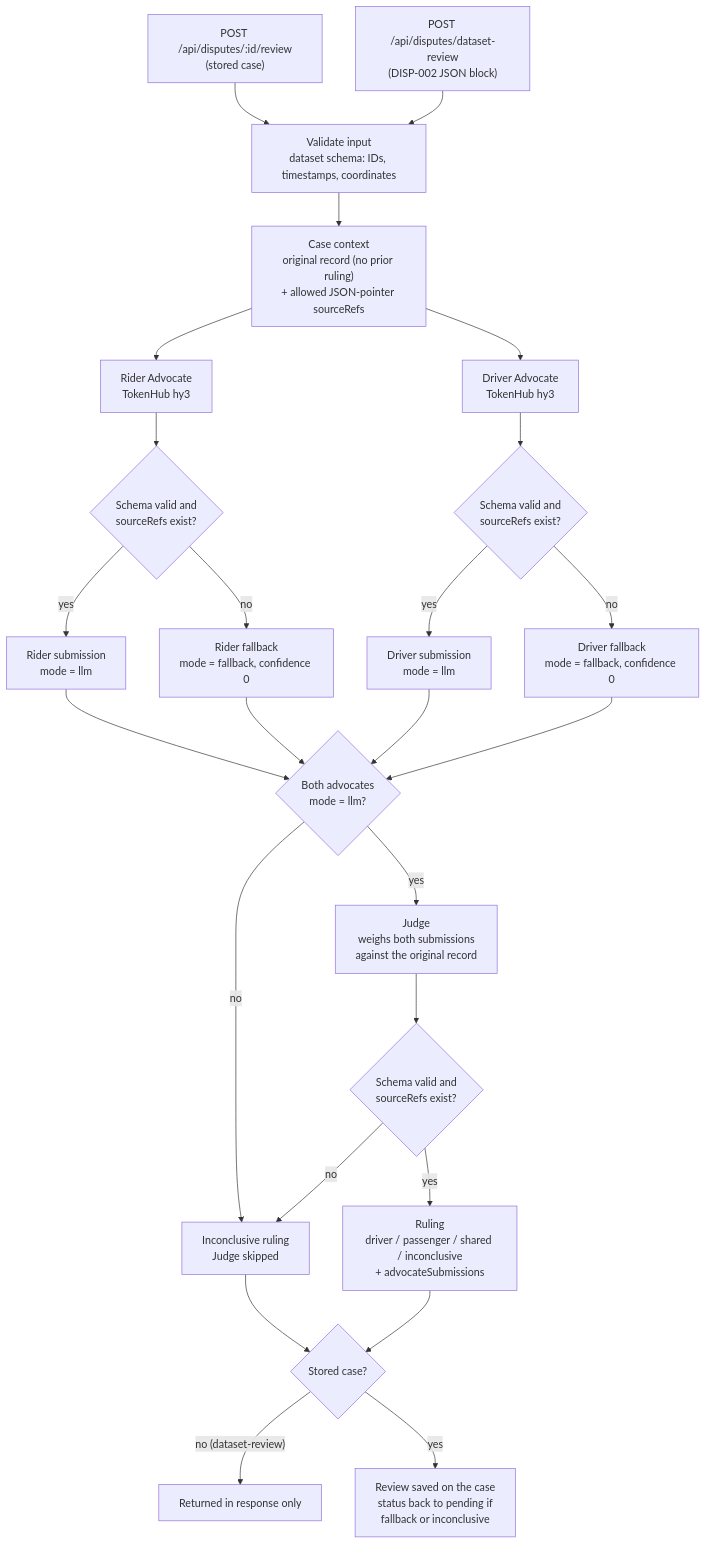
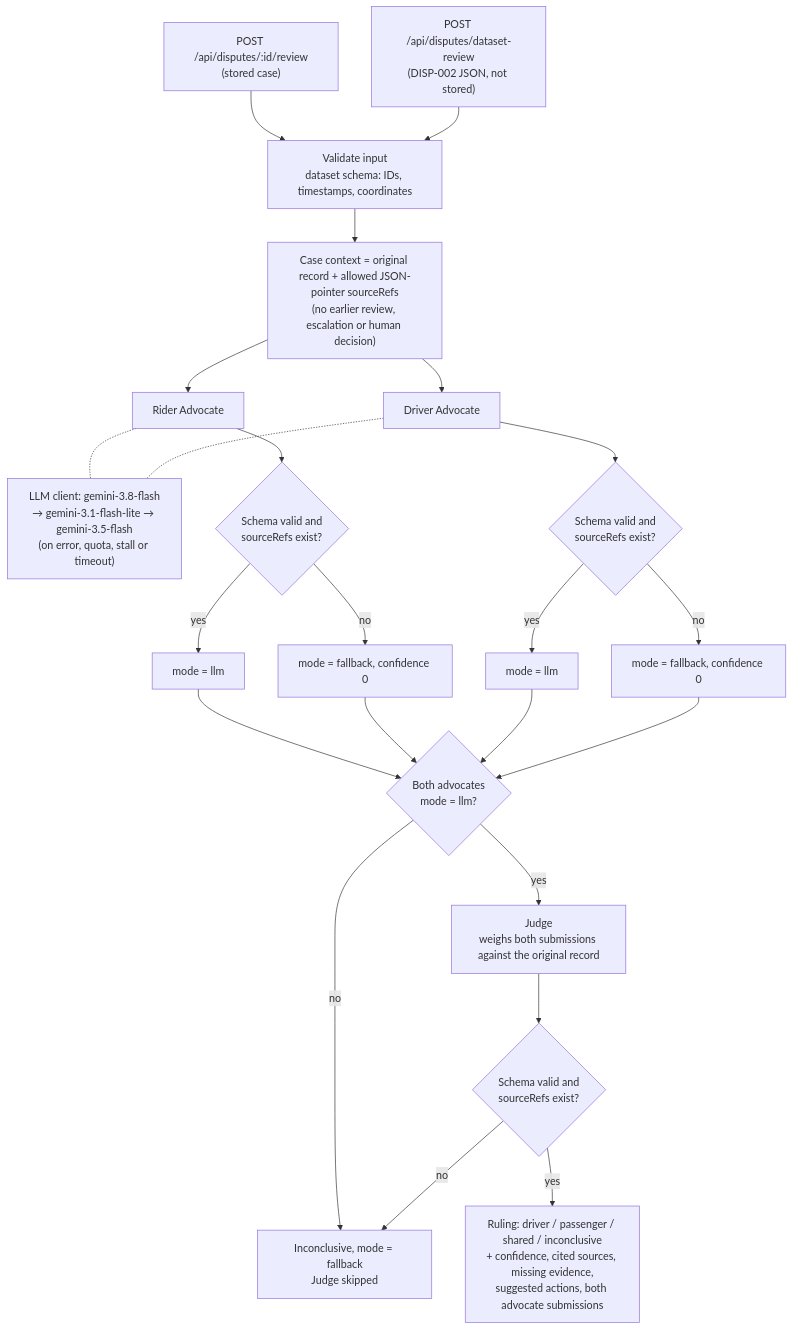
Before and after one commit to RL1812/Tencent_Cloud_Captain_Dragonfly: the second of 3 diagrams in dispute-review-agent/README.md, drawn with Mermaid. The commit also changed other lines of this file and 20 other files, not shown here.

````diff
--- a/dispute-review-agent/README.md
+++ b/dispute-review-agent/README.md
@@ -16,28 +67,25 @@
 ```mermaid
 flowchart TD
     A["POST /api/disputes/:id/review<br/>(stored case)"] --> V
-    B["POST /api/disputes/dataset-review<br/>(DISP-002 JSON block)"] --> V
+    B["POST /api/disputes/dataset-review<br/>(DISP-002 JSON, not stored)"] --> V
     V["Validate input<br/>dataset schema: IDs, timestamps, coordinates"] --> C
-    C["Case context<br/>original record (no prior ruling)<br/>+ allowed JSON-pointer sourceRefs"]
+    C["Case context = original record + allowed JSON-pointer sourceRefs<br/>(no earlier review, escalation or human decision)"]
 
-    C --> R["Rider Advocate<br/>TokenHub hy3"]
-    C --> D["Driver Advocate<br/>TokenHub hy3"]
+    C --> R["Rider Advocate"]
+    C --> D["Driver Advocate"]
+    R & D -.- M["LLM client: gemini-3.8-flash<br/>→ gemini-3.1-flash-lite → gemini-3.5-flash<br/>(on error, quota, stall or timeout)"]
 
     R --> RV{"Schema valid and<br/>sourceRefs exist?"}
     D --> DV{"Schema valid and<br/>sourceRefs exist?"}
-    RV -- yes --> RS["Rider submission<br/>mode = llm"]
-    RV -- no --> RF["Rider fallback<br/>mode = fallback, confidence 0"]
-    DV -- yes --> DS["Driver submission<br/>mode = llm"]
-    DV -- no --> DF["Driver fallback<br/>mode = fallback, confidence 0"]
+    RV -- yes --> RS["mode = llm"]
+    RV -- no --> RF["mode = fallback, confidence 0"]
+    DV -- yes --> DS["mode = llm"]
+    DV -- no --> DF["mode = fallback, confidence 0"]
 
     RS & RF & DS & DF --> G{"Both advocates<br/>mode = llm?"}
-    G -- no --> X["Inconclusive ruling<br/>Judge skipped"]
-    G -- yes --> J["Judge<br/>weighs both submissions<br/>against the original record"]
+    G -- no --> X["Inconclusive, mode = fallback<br/>Judge skipped"]
+    G -- yes --> J["Judge<br/>weighs both submissions against the original record"]
     J --> JV{"Schema valid and<br/>sourceRefs exist?"}
     JV -- no --> X
-    JV -- yes --> OUT["Ruling<br/>driver / passenger / shared / inconclusive<br/>+ advocateSubmissions"]
-
-    X & OUT --> S{"Stored case?"}
-    S -- "no (dataset-review)" --> RESP["Returned in response only"]
-    S -- yes --> SAVE["Review saved on the case<br/>status back to pending if<br/>fallback or inconclusive"]
+    JV -- yes --> OUT["Ruling: driver / passenger / shared / inconclusive<br/>+ confidence, cited sources, missing evidence,<br/>suggested actions, both advocate submissions"]
 ```
````
